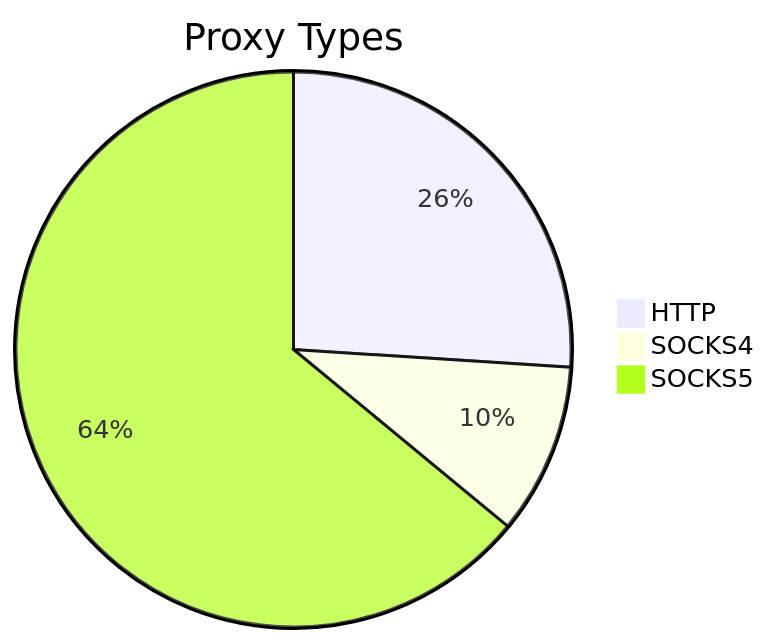
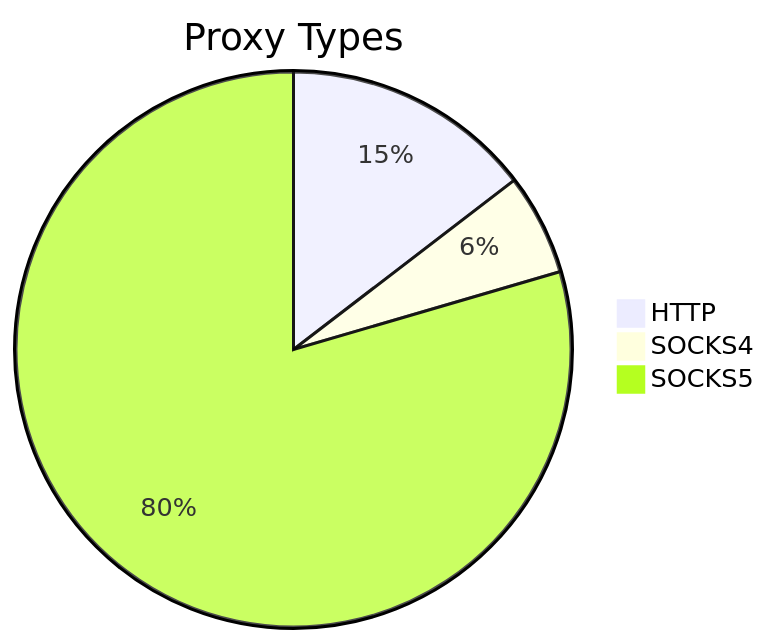
The first of 2 diagrams in README.md (stormsia/proxy-list), drawn with Mermaid before and after one commit. The commit also changed other lines of this file, not shown here.

````diff
--- a/README.md
+++ b/README.md
@@ -21,6 +21,6 @@
 ```mermaid
 pie title Proxy Types
-    "HTTP" : 141
-    "SOCKS4" : 54
-    "SOCKS5" : 347
+    "HTTP" : 104
+    "SOCKS4" : 42
+    "SOCKS5" : 567
 ```
````
